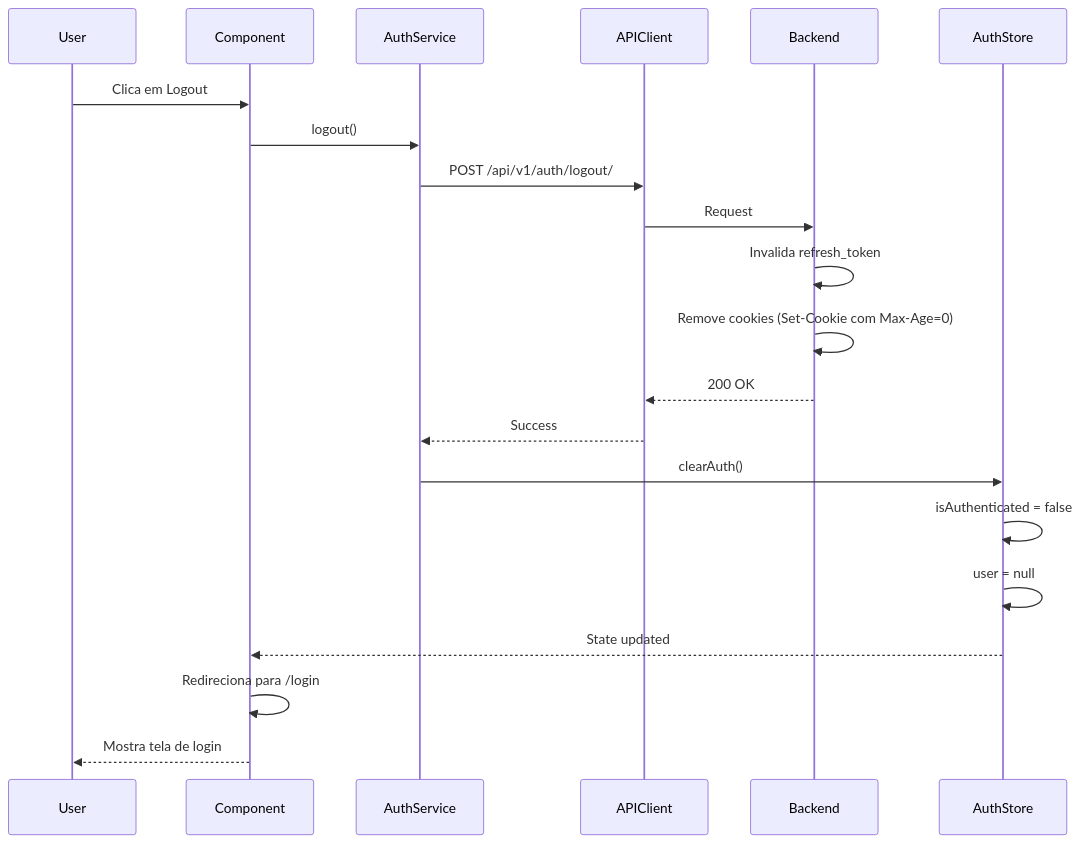
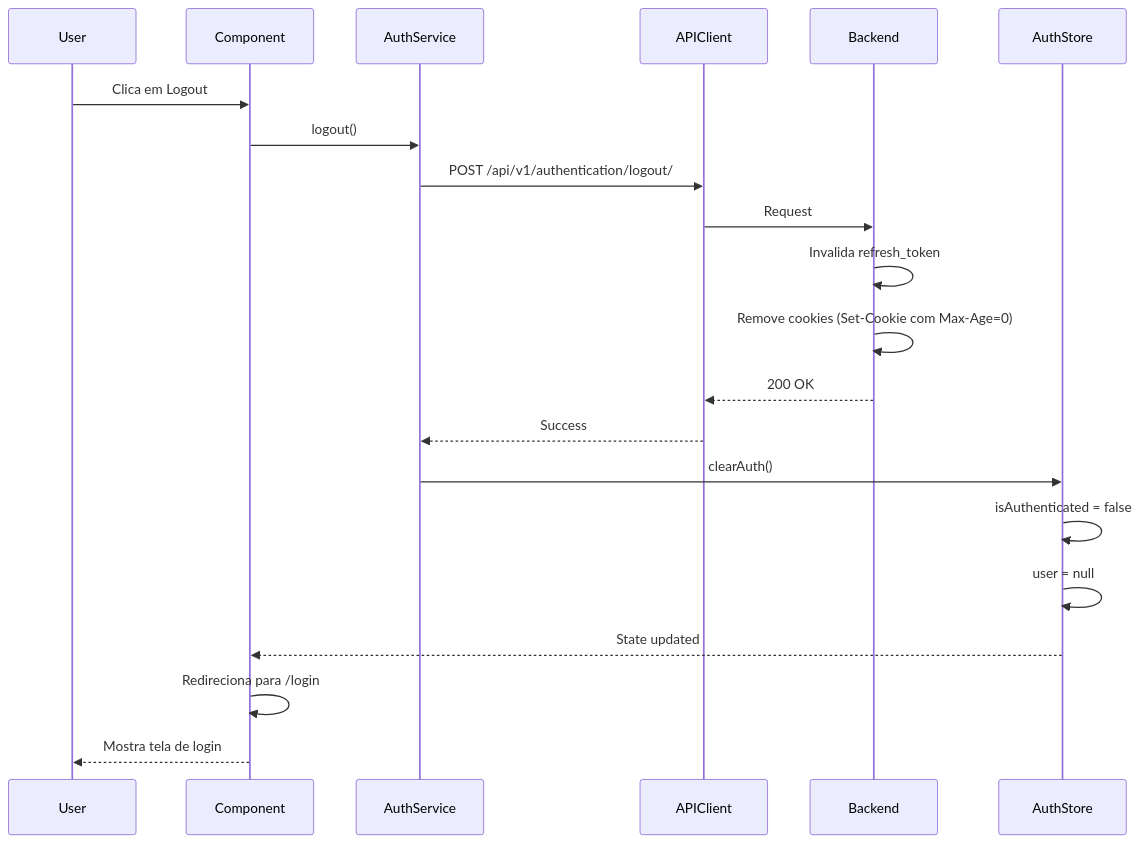
Before and after one commit to tarcisioribeiro/Axiom: the third of 13 diagrams in documentation/architecture/data_flow.md, drawn with Mermaid. The commit also changed other lines of this file and 41 other files, not shown here.

````diff
--- a/documentation/architecture/data_flow.md
+++ b/documentation/architecture/data_flow.md
@@ -144,27 +144,27 @@
 ```mermaid
 sequenceDiagram
     participant User
     participant Component
     participant AuthService
     participant APIClient
     participant Backend
     participant AuthStore
 
     User->>Component: Clica em Logout
     Component->>AuthService: logout()
-    AuthService->>APIClient: POST /api/v1/auth/logout/
+    AuthService->>APIClient: POST /api/v1/authentication/logout/
 
     APIClient->>Backend: Request
     Backend->>Backend: Invalida refresh_token
     Backend->>Backend: Remove cookies (Set-Cookie com Max-Age=0)
     Backend-->>APIClient: 200 OK
 
     APIClient-->>AuthService: Success
     AuthService->>AuthStore: clearAuth()
     AuthStore->>AuthStore: isAuthenticated = false
     AuthStore->>AuthStore: user = null
 
     AuthStore-->>Component: State updated
     Component->>Component: Redireciona para /login
     Component-->>User: Mostra tela de login
 ```
````
